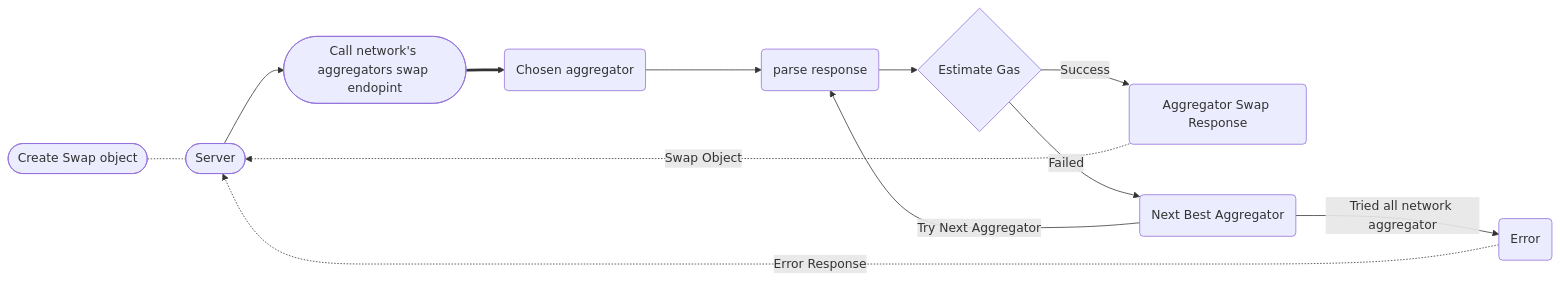
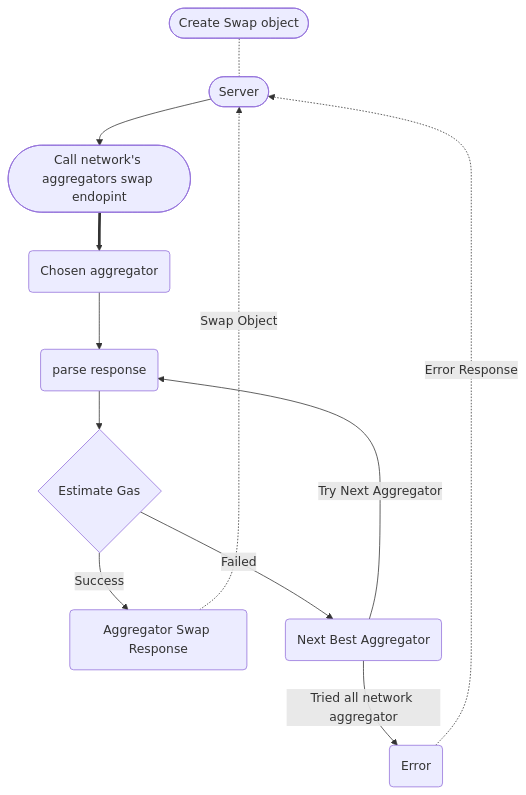
Before and after one commit to NFEL/test-drawio-exporter-on-github: the fourth of 4 diagrams in docs/Services/AggregatorOfAggregators/index.md, drawn with Mermaid. The commit also changed 8 other files, not shown here.

````diff
--- a/docs/Services/AggregatorOfAggregators/index.md
+++ b/docs/Services/AggregatorOfAggregators/index.md
@@ -46,14 +46,14 @@
 ```mermaid
-flowchart LR
+flowchart TB
     C([Create Swap object]) -.- Server([Server])
     Server --> Z([Call network's aggregators swap endopint])
     Z ==> Co(Chosen aggregator)
     Co --> AggRes(parse response)
     AggRes --> X{Estimate Gas}
     X --> |Success| Res(Aggregator Swap Response)
     X --> |Failed| G(Next Best Aggregator)
     G --> |Try Next Aggregator| AggRes
     Res -.-> |Swap Object|Server
     G --> |Tried all network aggregator| No(Error)
     No -.->|Error Response| Server
 ```
````
